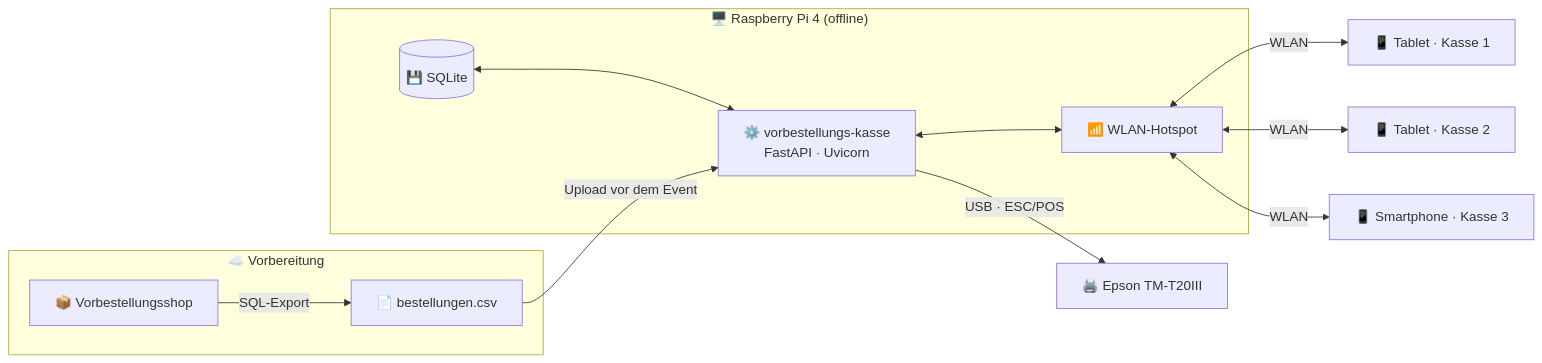
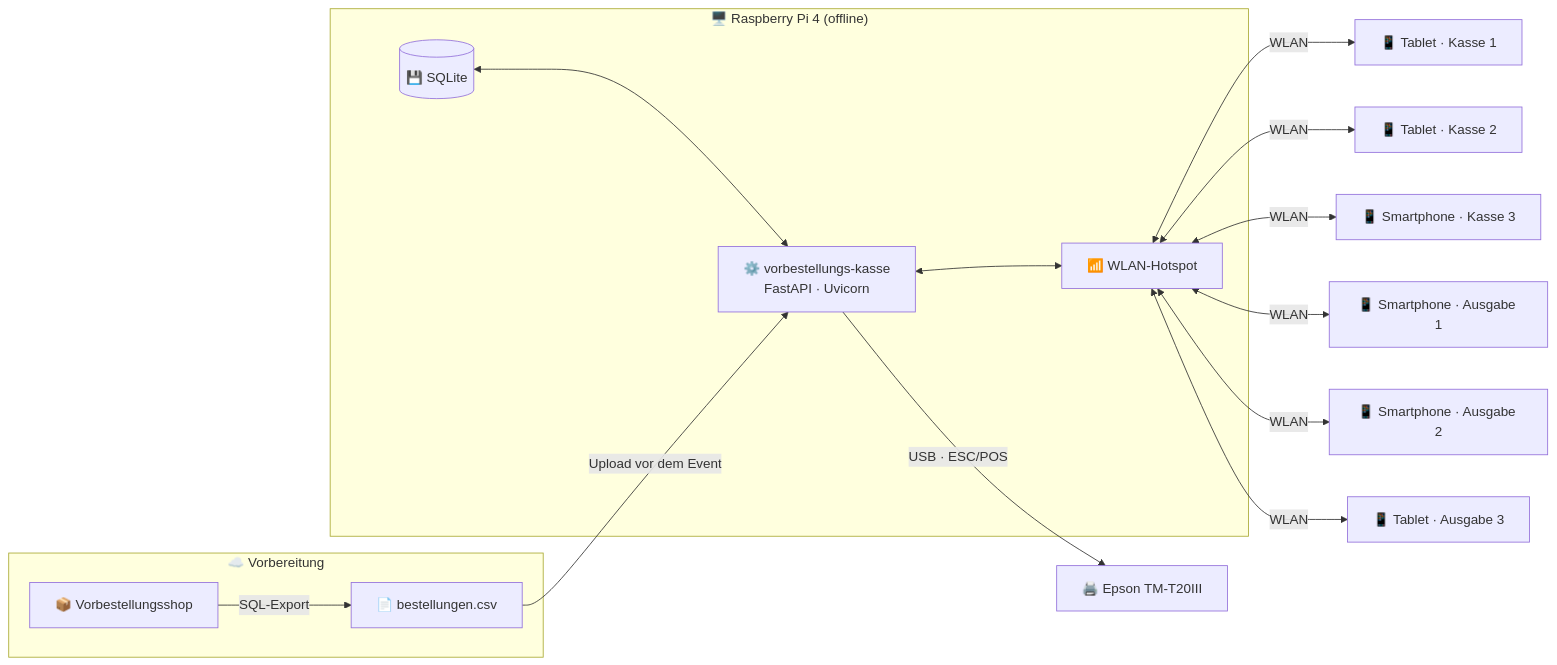
One commit to ffischbach/vorbestellungs-kasse changed the diagram in README.md. Above: the diagram before and after it, drawn with Mermaid.

Commit message:
docs(readme): add Ausgabe devices to architecture diagram

````diff
--- a/README.md
+++ b/README.md
@@ -17,27 +17,33 @@
 ```mermaid
 graph LR
     subgraph PREP["☁️  Vorbereitung"]
         WC["📦 Vorbestellungsshop"]
         CSV["📄 bestellungen.csv"]
         WC -->|"SQL-Export"| CSV
     end
 
     subgraph PI["🖥️ Raspberry Pi 4 (offline)"]
         DB[("💾 SQLite")]
         APP["⚙️ vorbestellungs-kasse\nFastAPI · Uvicorn"]
         HOTSPOT["📶 WLAN-Hotspot"]
         DB <--> APP
         APP <--> HOTSPOT
     end
 
     TAB1["📱 Tablet · Kasse 1"]
     TAB2["📱 Tablet · Kasse 2"]
     TAB3["📱 Smartphone · Kasse 3"]
     PRINTER["🖨️ Epson TM-T20III"]
+    AUS1["📱 Smartphone · Ausgabe 1"]
+    AUS2["📱 Smartphone · Ausgabe 2"]
+    AUS3["📱 Tablet · Ausgabe 3"]
 
     CSV -->|"Upload vor dem Event"| APP
     HOTSPOT <-->|"WLAN"| TAB1
     HOTSPOT <-->|"WLAN"| TAB2
     HOTSPOT <-->|"WLAN"| TAB3
+    HOTSPOT <-->|"WLAN"| AUS1
+    HOTSPOT <-->|"WLAN"| AUS2
+    HOTSPOT <-->|"WLAN"| AUS3
     APP -->|"USB · ESC/POS"| PRINTER
 ```
````
